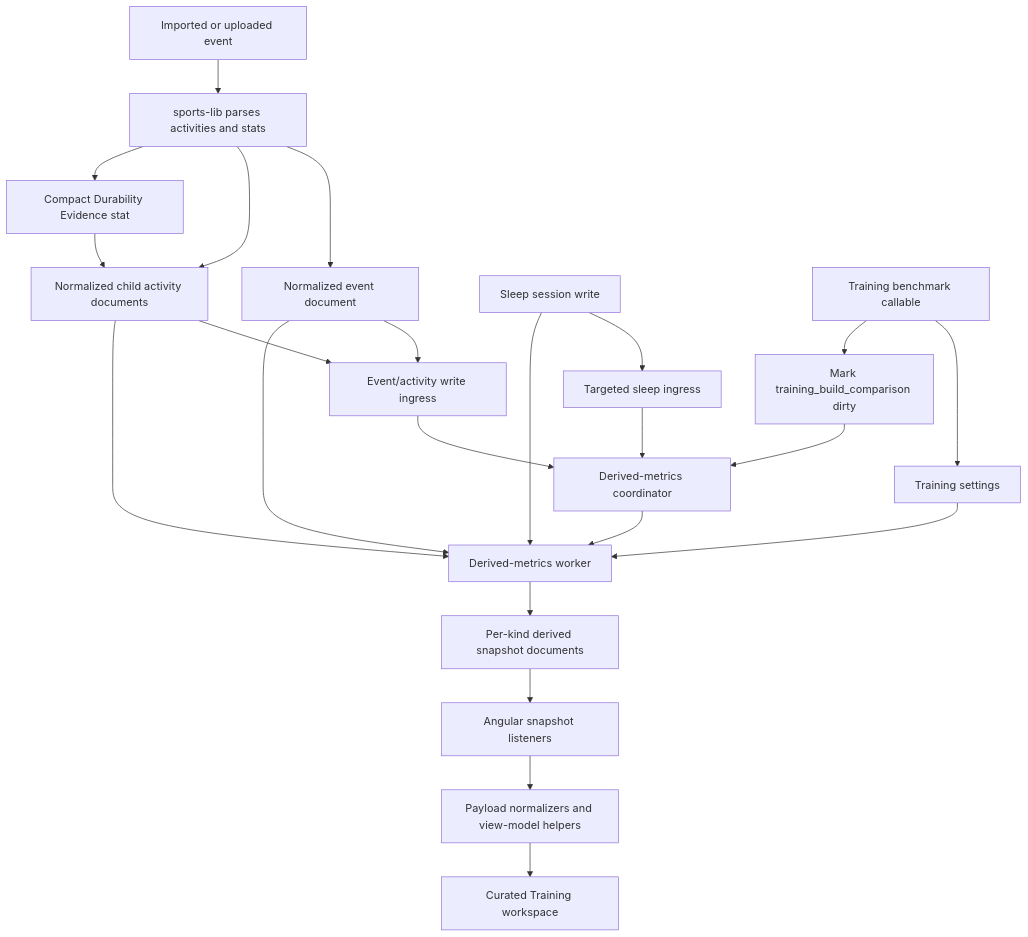
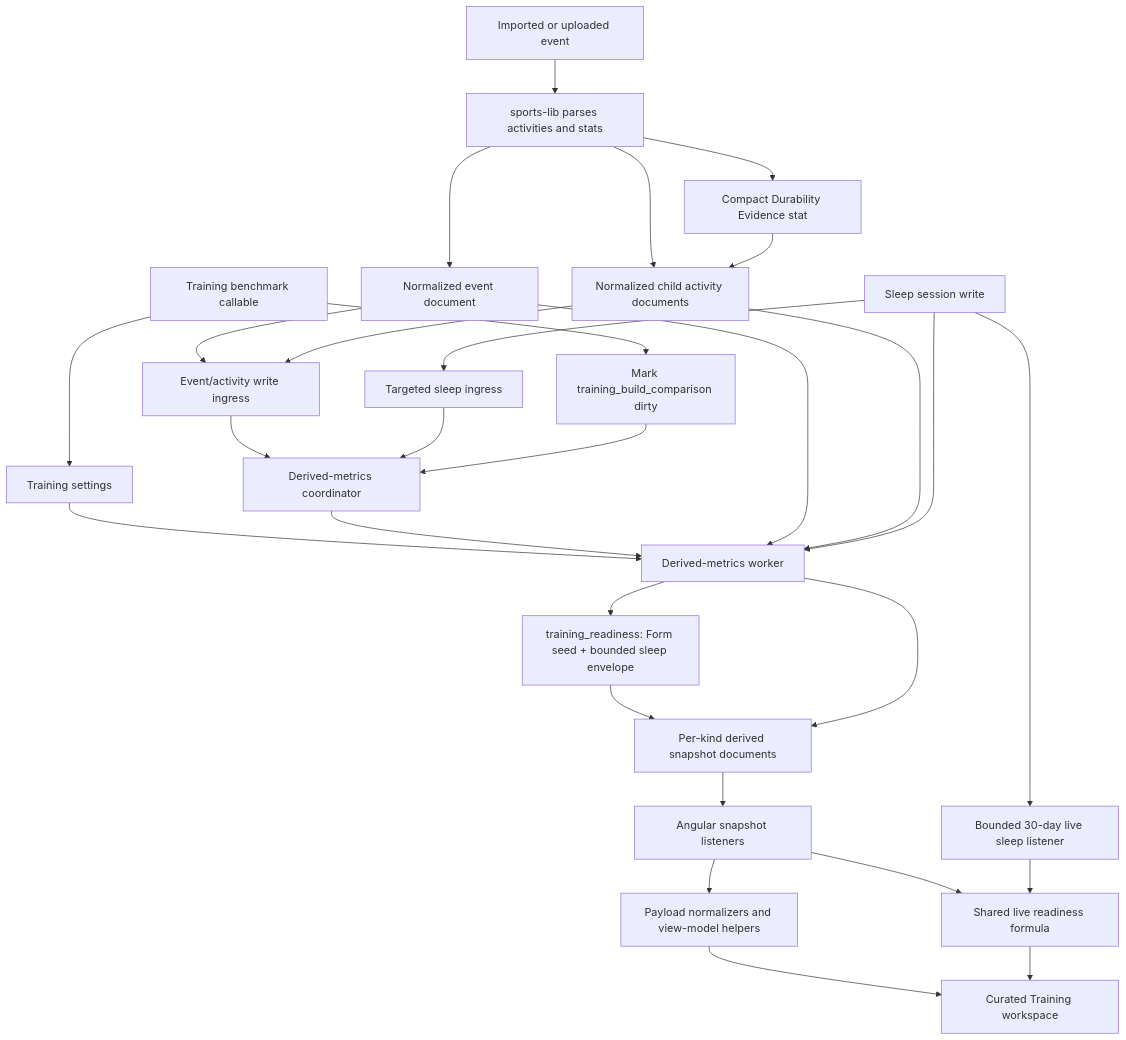
Before and after one commit to jimmykane/quantified-self: the diagram in docs/training-workspace.md, drawn with Mermaid. The commit also changed other lines of this file and 26 other files, not shown here.

Commit message:
feat: add training readiness history

````diff
--- a/docs/training-workspace.md
+++ b/docs/training-workspace.md
@@ -74,25 +79,31 @@
 ```mermaid
 flowchart TD
     A["Imported or uploaded event"] --> B["sports-lib parses activities and stats"]
     B --> C["Normalized event document"]
     B --> D["Normalized child activity documents"]
     B --> E["Compact Durability Evidence stat"]
     E --> D
     C --> F["Event/activity write ingress"]
     D --> F
     S["Sleep session write"] --> G["Targeted sleep ingress"]
+    S --> P["Bounded 30-day live sleep listener"]
     U["Training benchmark callable"] --> H["Training settings"]
     U --> I["Mark training_build_comparison dirty"]
     F --> J["Derived-metrics coordinator"]
     G --> J
     I --> J
     H --> K["Derived-metrics worker"]
     J --> K
     C --> K
     D --> K
     S --> K
-    K --> L["Per-kind derived snapshot documents"]
+    K --> R["training_readiness: Form seed + bounded sleep envelope"]
+    R --> L["Per-kind derived snapshot documents"]
+    K --> L
     L --> M["Angular snapshot listeners"]
     M --> N["Payload normalizers and view-model helpers"]
     N --> O["Curated Training workspace"]
+    M --> Q["Shared live readiness formula"]
+    P --> Q
+    Q --> O
 ```
````
